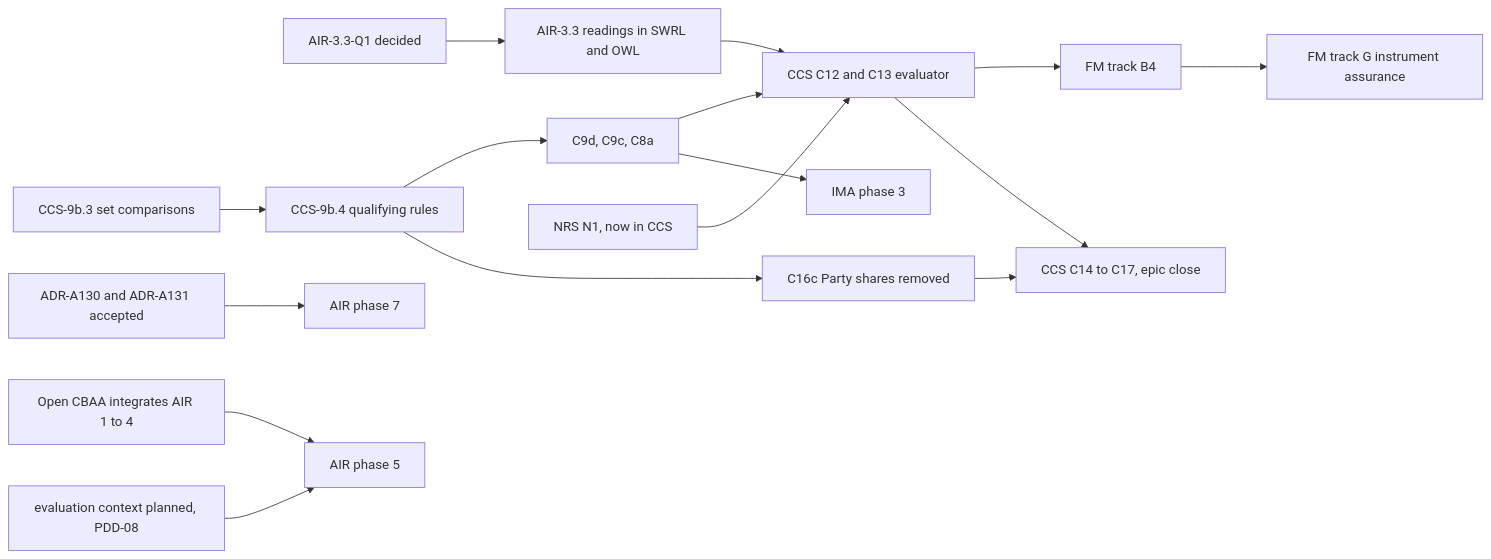
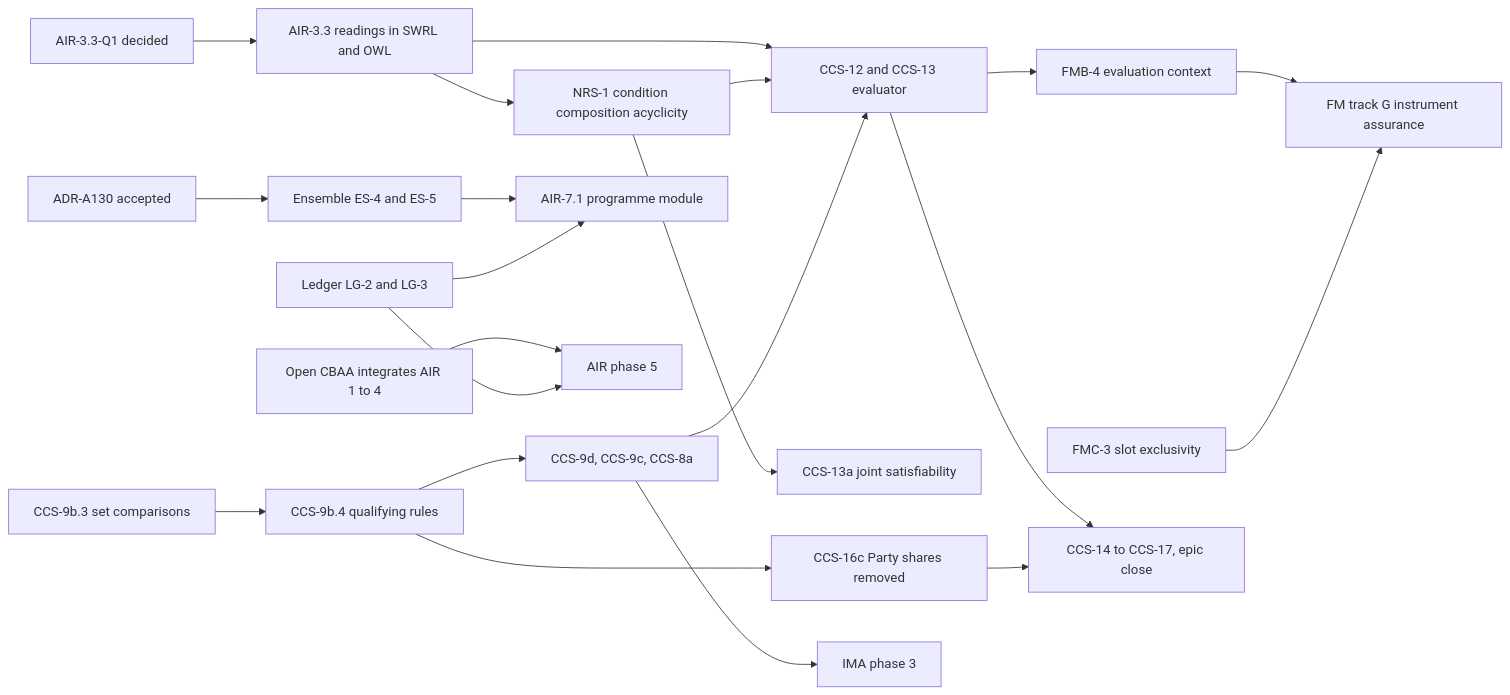
Before and after one commit to nebularis/lattice: diagram 21 of 22 in docs/developer/ROADMAP.md, drawn with Mermaid. The commit also changed other lines of this file and 9 other files, not shown here.

First line of the commit message:
ROADMAP.md kept whole: a chart per epic from its first day, sections 9 generated, every hand-written section refreshed, and the contract attends to it at every handoff

````diff
--- a/docs/developer/ROADMAP.md
+++ b/docs/developer/ROADMAP.md
@@ -738,18 +754,23 @@
 ```mermaid
 flowchart LR
     Q1["AIR-3.3-Q1 decided"] --> AIR33["AIR-3.3 readings in SWRL and OWL"]
-    CCS-9b.3["CCS-9b.3 set comparisons"] --> CCS-9b.4["CCS-9b.4 qualifying rules"]
-    CCS-9b.4 --> C9["C9d, C9c, C8a"]
-    N1["NRS N1, now in CCS"] --> C12["CCS C12 and C13 evaluator"]
-    C9 --> C12
-    AIR33 --> C12
-    C12 --> B4["FM track B4"]
-    B4 --> G["FM track G instrument assurance"]
-    C12 --> C14["CCS C14 to C17, epic close"]
-    CCS-9b.4 --> C16c["C16c Party shares removed"]
-    C16c --> C14
-    C9 --> IMA3["IMA phase 3"]
-    A130["ADR-A130 and ADR-A131 accepted"] --> AIR7["AIR phase 7"]
+    AIR33 --> NRS1["NRS-1 condition composition acyclicity"]
+    AIR33 --> CCS12["CCS-12 and CCS-13 evaluator"]
+    NRS1 --> CCS12
+    NRS1 --> CCS13a["CCS-13a joint satisfiability"]
+    K93["CCS-9b.3 set comparisons"] --> K94["CCS-9b.4 qualifying rules"]
+    K94 --> REST["CCS-9d, CCS-9c, CCS-8a"]
+    REST --> CCS12
+    K94 --> K16c["CCS-16c Party shares removed"]
+    CCS12 --> FMB4["FMB-4 evaluation context"]
+    FMB4 --> G["FM track G instrument assurance"]
+    FMC3["FMC-3 slot exclusivity"] --> G
+    CCS12 --> CLOSE["CCS-14 to CCS-17, epic close"]
+    K16c --> CLOSE
+    REST --> IMA3["IMA phase 3"]
+    A130["ADR-A130 accepted"] --> ES45["Ensemble ES-4 and ES-5"]
+    ES45 --> AIR71["AIR-7.1 programme module"]
+    LG23["Ledger LG-2 and LG-3"] --> AIR71
     CBAA["Open CBAA integrates AIR 1 to 4"] --> AIR5["AIR phase 5"]
-    EC["evaluation context planned, PDD-08"] --> AIR5
+    LG23 --> AIR5
 ```
````
